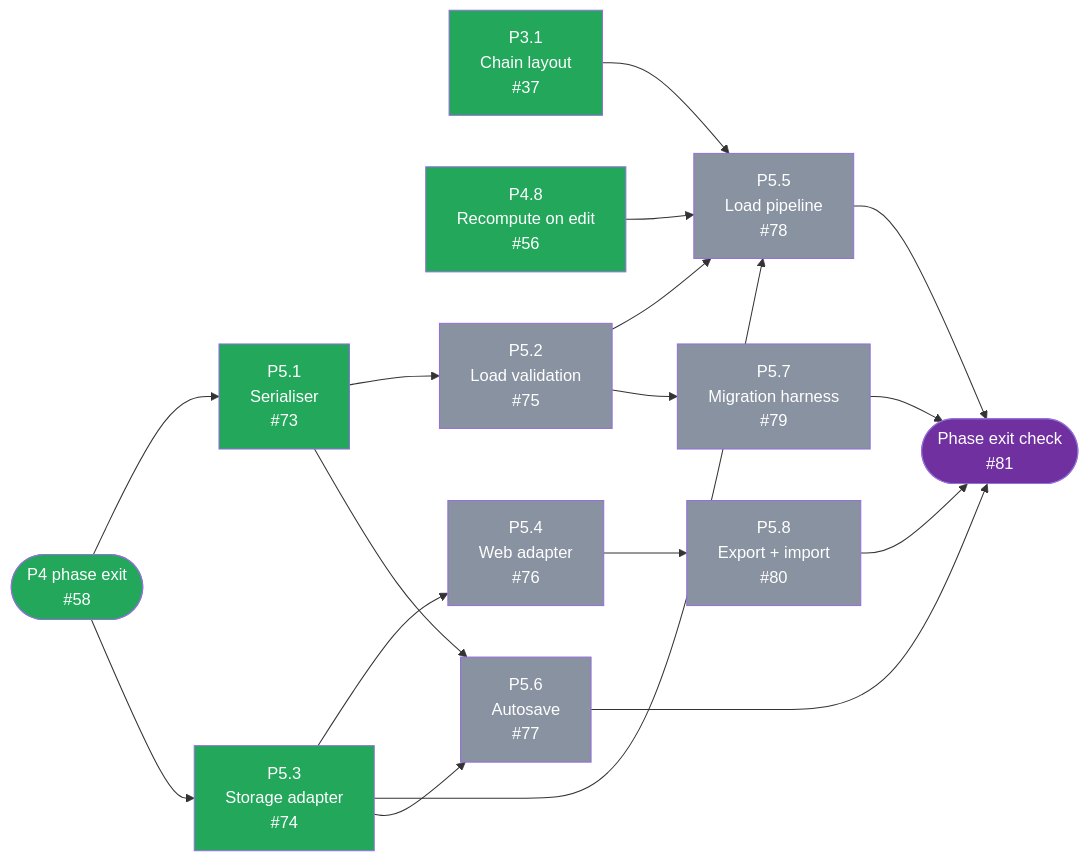
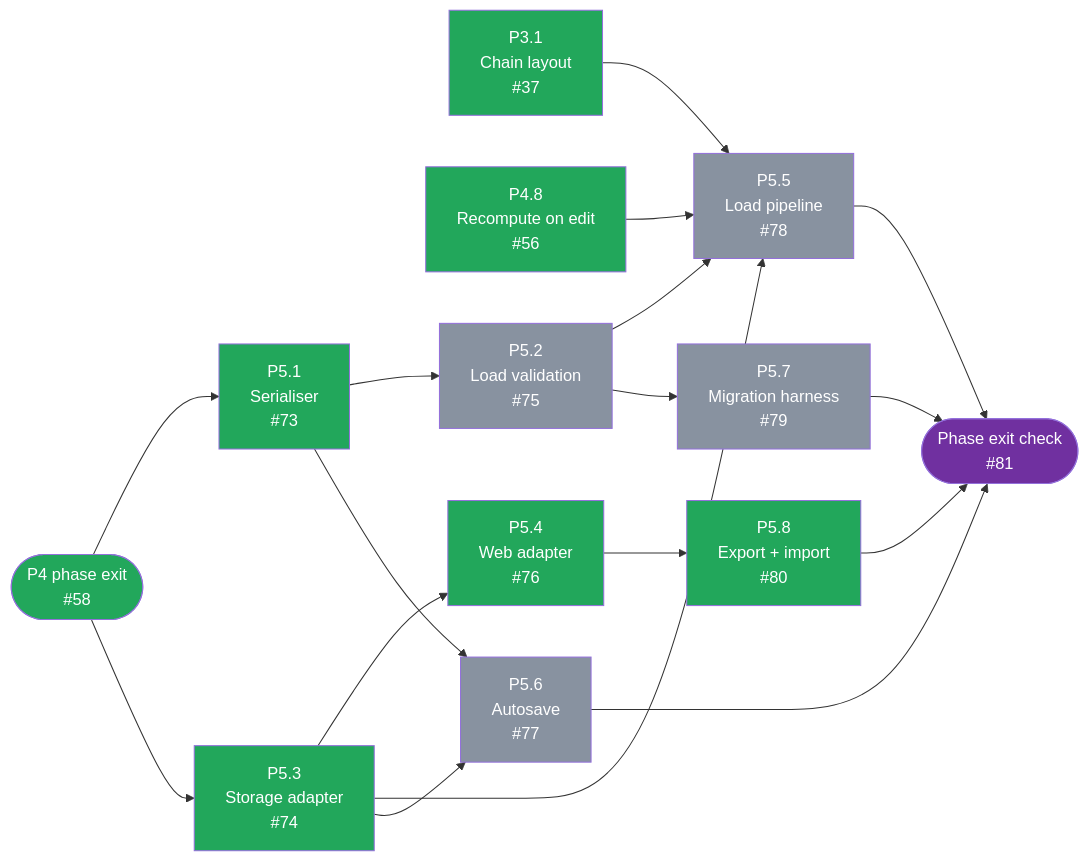
The fourth of 5 diagrams in docs/DEVELOPMENT_PLAN.md (tousifosman/CalcMind), drawn with Mermaid before and after one commit. The commit also changed other lines of this file and 7 other files, not shown here.

````diff
--- a/docs/DEVELOPMENT_PLAN.md
+++ b/docs/DEVELOPMENT_PLAN.md
@@ -726,45 +726,45 @@
 ```mermaid
 flowchart LR
     P4EXIT(["P4 phase exit<br/>#58"])
     P31["P3.1<br/>Chain layout<br/>#37"]
     P48["P4.8<br/>Recompute on edit<br/>#56"]
     P51["P5.1<br/>Serialiser<br/>#73"]
     P52["P5.2<br/>Load validation<br/>#75"]
     P53["P5.3<br/>Storage adapter<br/>#74"]
     P54["P5.4<br/>Web adapter<br/>#76"]
     P55["P5.5<br/>Load pipeline<br/>#78"]
     P56["P5.6<br/>Autosave<br/>#77"]
     P57["P5.7<br/>Migration harness<br/>#79"]
     P58["P5.8<br/>Export + import<br/>#80"]
     EXIT(["Phase exit check<br/>#81"])
 
     P4EXIT --> P51
     P4EXIT --> P53
     P51 --> P52
     P53 --> P54
     P52 --> P55
     P53 --> P55
     P31 --> P55
     P48 --> P55
     P51 --> P56
     P53 --> P56
     P52 --> P57
     P54 --> P58
     P55 --> EXIT
     P56 --> EXIT
     P57 --> EXIT
     P58 --> EXIT
 
     style P4EXIT fill:#22A75B,color:#fff
     style P31 fill:#22A75B,color:#fff
     style P48 fill:#22A75B,color:#fff
     style P51 fill:#22A75B,color:#fff
     style P52 fill:#8892A0,color:#fff
     style P53 fill:#22A75B,color:#fff
-    style P54 fill:#8892A0,color:#fff
+    style P54 fill:#22A75B,color:#fff
     style P55 fill:#8892A0,color:#fff
     style P56 fill:#8892A0,color:#fff
     style P57 fill:#8892A0,color:#fff
-    style P58 fill:#8892A0,color:#fff
+    style P58 fill:#22A75B,color:#fff
     style EXIT fill:#7030A0,color:#fff
 ```
````
